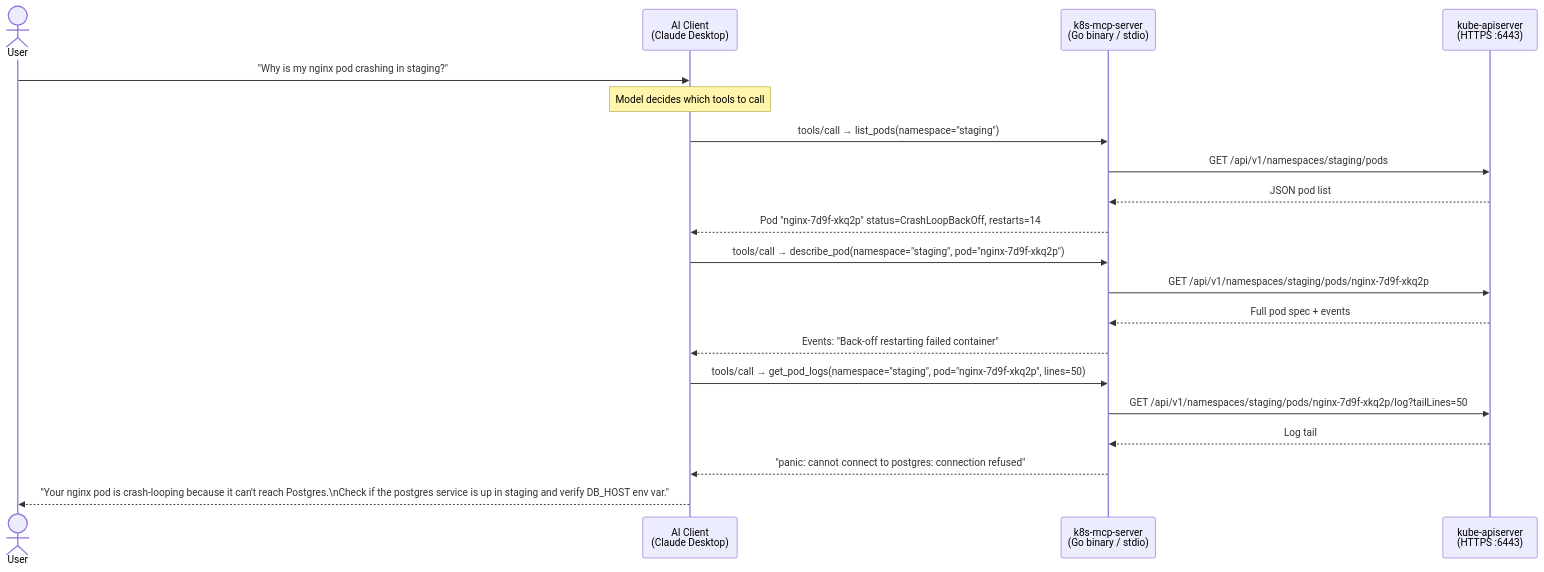
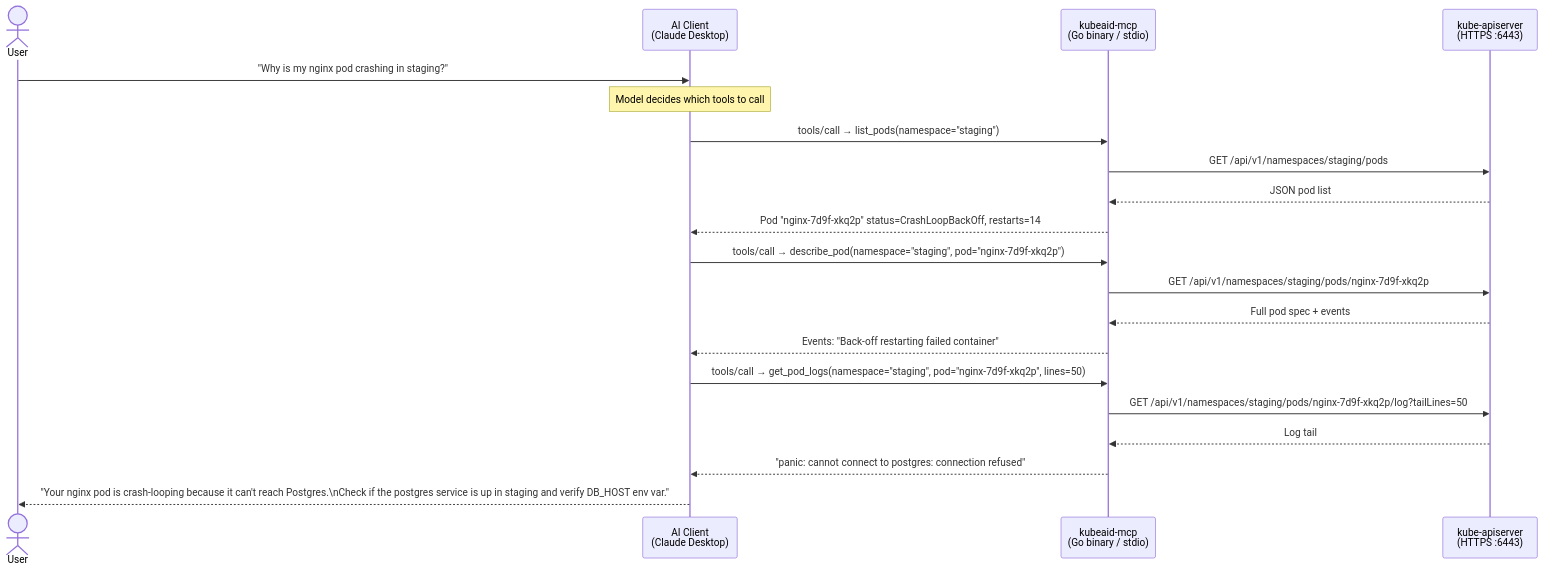
The second of 8 diagrams in design.md (1Shubham7/kubeaid-mcp), drawn with Mermaid before and after one commit. The commit also changed other lines of this file and 5 other files, not shown here.

````diff
--- a/design.md
+++ b/design.md
@@ -37,28 +37,28 @@
 ```mermaid
 sequenceDiagram
     actor User
     participant Claude as AI Client<br/>(Claude Desktop)
-    participant MCP as k8s-mcp-server<br/>(Go binary / stdio)
+    participant MCP as kubeaid-mcp<br/>(Go binary / stdio)
     participant K8s as kube-apiserver<br/>(HTTPS :6443)
 
     User->>Claude: "Why is my nginx pod crashing in staging?"
 
     Note over Claude: Model decides which tools to call
 
     Claude->>MCP: tools/call → list_pods(namespace="staging")
     MCP->>K8s: GET /api/v1/namespaces/staging/pods
     K8s-->>MCP: JSON pod list
     MCP-->>Claude: Pod "nginx-7d9f-xkq2p" status=CrashLoopBackOff, restarts=14
 
     Claude->>MCP: tools/call → describe_pod(namespace="staging", pod="nginx-7d9f-xkq2p")
     MCP->>K8s: GET /api/v1/namespaces/staging/pods/nginx-7d9f-xkq2p
     K8s-->>MCP: Full pod spec + events
     MCP-->>Claude: Events: "Back-off restarting failed container"
 
     Claude->>MCP: tools/call → get_pod_logs(namespace="staging", pod="nginx-7d9f-xkq2p", lines=50)
     MCP->>K8s: GET /api/v1/namespaces/staging/pods/nginx-7d9f-xkq2p/log?tailLines=50
     K8s-->>MCP: Log tail
     MCP-->>Claude: "panic: cannot connect to postgres: connection refused"
 
     Claude-->>User: "Your nginx pod is crash-looping because it can't reach Postgres.\nCheck if the postgres service is up in staging and verify DB_HOST env var."
 ```
````
